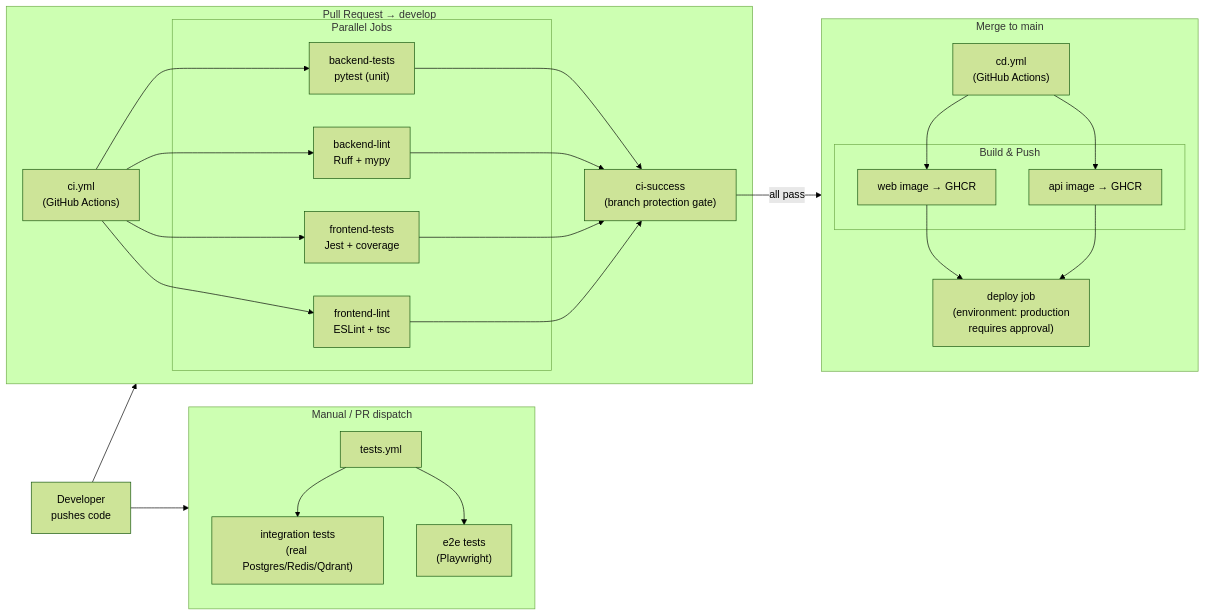
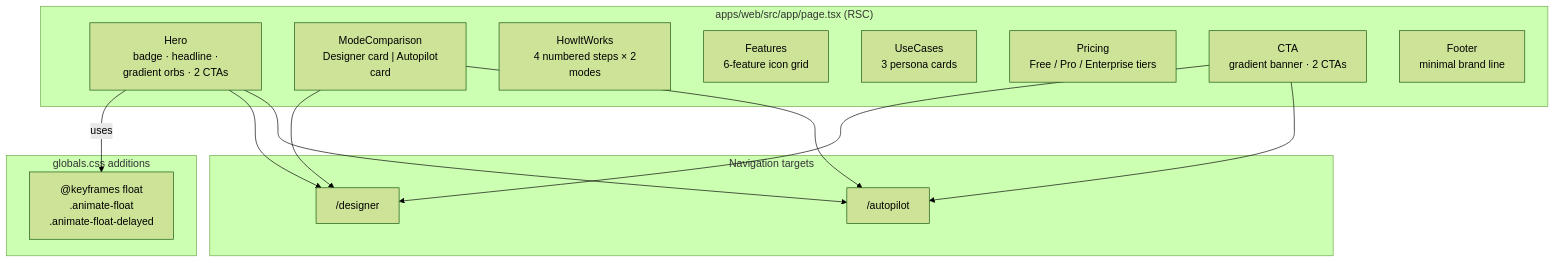
The sixth of 7 diagrams in internal/PROJECT_SYSTEM_DESIGN_EVOLUTION.md (anulsasidharan/RAG_Studio_Documents), drawn with Mermaid (forest theme) before and after one commit. The commit also changed other lines of this file and 7 other files, not shown here.

````diff
--- a/internal/PROJECT_SYSTEM_DESIGN_EVOLUTION.md
+++ b/internal/PROJECT_SYSTEM_DESIGN_EVOLUTION.md
@@ -110,38 +150,24 @@
 ```mermaid
-flowchart LR
-    DEV["Developer\npushes code"]
-
-    subgraph PR["Pull Request → develop"]
-        CI["ci.yml\n(GitHub Actions)"]
-        subgraph JOBS["Parallel Jobs"]
-            FE_LINT["frontend-lint\nESLint + tsc"]
-            FE_TEST["frontend-tests\nJest + coverage"]
-            BE_LINT["backend-lint\nRuff + mypy"]
-            BE_TEST["backend-tests\npytest (unit)"]
-        end
-        GATE["ci-success\n(branch protection gate)"]
-    end
-
-    subgraph MERGE["Merge to main"]
-        CD["cd.yml\n(GitHub Actions)"]
-        subgraph BUILD["Build & Push"]
-            IMG_WEB["web image → GHCR"]
-            IMG_API["api image → GHCR"]
-        end
-        DEPLOY["deploy job\n(environment: production\nrequires approval)"]
-    end
-
-    subgraph TESTS["Manual / PR dispatch"]
-        TESTS_WF["tests.yml"]
-        INT["integration tests\n(real Postgres/Redis/Qdrant)"]
-        E2E["e2e tests\n(Playwright)"]
-    end
-
-    DEV --> PR
-    CI --> FE_LINT & FE_TEST & BE_LINT & BE_TEST
-    FE_LINT & FE_TEST & BE_LINT & BE_TEST --> GATE
-    GATE -->|all pass| MERGE
-    CD --> IMG_WEB & IMG_API --> DEPLOY
-    DEV --> TESTS
-    TESTS_WF --> INT & E2E
+flowchart TB
+  subgraph Page["apps/web/src/app/page.tsx (RSC)"]
+    HE["Hero\n badge · headline · gradient orbs · 2 CTAs"]
+    MC["ModeComparison\n Designer card | Autopilot card"]
+    HW["HowItWorks\n 4 numbered steps × 2 modes"]
+    FT["Features\n 6-feature icon grid"]
+    UC["UseCases\n 3 persona cards"]
+    PR["Pricing\n Free / Pro / Enterprise tiers"]
+    CT["CTA\n gradient banner · 2 CTAs"]
+    FO["Footer\n minimal brand line"]
+  end
+  subgraph CSS["globals.css additions"]
+    AN["@keyframes float\n .animate-float\n .animate-float-delayed"]
+  end
+  HE -->|uses| AN
+  subgraph Routes["Navigation targets"]
+    DR["/designer"]
+    AR["/autopilot"]
+  end
+  HE --> DR & AR
+  MC --> DR & AR
+  CT --> DR & AR
 ```
````
